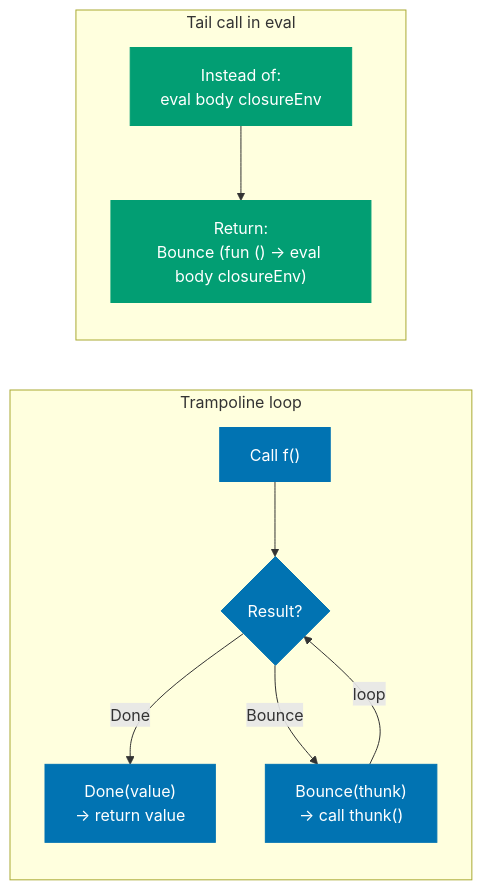
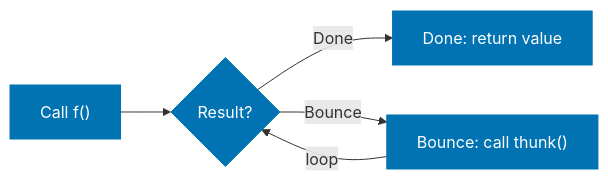
One commit to wahidyankf/open-sharia-enterprise changed diagram 12 of 21 in apps/ayokoding-web/content/en/learn/software-engineering/compilers-and-interpreters/lisp-interpreter-in-fsharp/part-6-tail-call-optimization.md. Above: the diagram before and after it, drawn with Mermaid. The commit also changed other lines of this file and 6 other files, not shown here.

First line of the commit message:
fix(ayokoding-web): fix mermaid parse errors and split comparison diagrams

````diff
--- a/apps/ayokoding-web/content/en/learn/software-engineering/compilers-and-interpreters/lisp-interpreter-in-fsharp/part-6-tail-call-optimization.md
+++ b/apps/ayokoding-web/content/en/learn/software-engineering/compilers-and-interpreters/lisp-interpreter-in-fsharp/part-6-tail-call-optimization.md
@@ -255,27 +251,11 @@
 ```mermaid
 %% Color palette: Blue #0173B2, Orange #DE8F05, Teal #029E73, Purple #CC78BC, Brown #CA9161, Gray #808080
 flowchart LR
-    subgraph Trampoline["Trampoline loop"]
-        T1["Call f()"]
-        T2{"Result?"}
-        T3["Done(value)\n→ return value"]
-        T4["Bounce(thunk)\n→ call thunk()"]
-        T1 --> T2
-        T2 -->|"Done"| T3
-        T2 -->|"Bounce"| T4
-        T4 -->|"loop"| T2
-    end
-
-    subgraph TailCase["Tail call in eval"]
-        TC1["Instead of:\neval body closureEnv"]
-        TC2["Return:\nBounce (fun () → eval body closureEnv)"]
-        TC1 --> TC2
-    end
+    T1["Call f()"] --> T2{"Result?"}
+    T2 -->|"Done"| T3["Done: return value"]
+    T2 -->|"Bounce"| T4["Bounce: call thunk()"]
+    T4 -->|"loop"| T2
 
     classDef blue fill:#0173B2,color:#fff,stroke:#0173B2
-    classDef orange fill:#DE8F05,color:#fff,stroke:#DE8F05
-    classDef teal fill:#029E73,color:#fff,stroke:#029E73
-
     class T1,T2,T3,T4 blue
-    class TC1,TC2 teal
 ```
````
